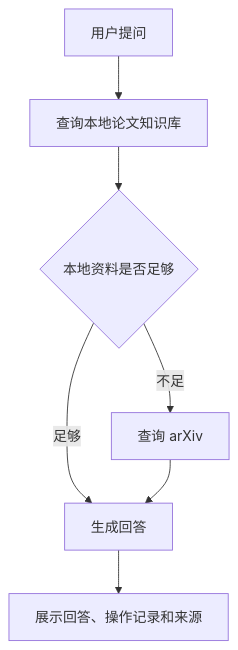
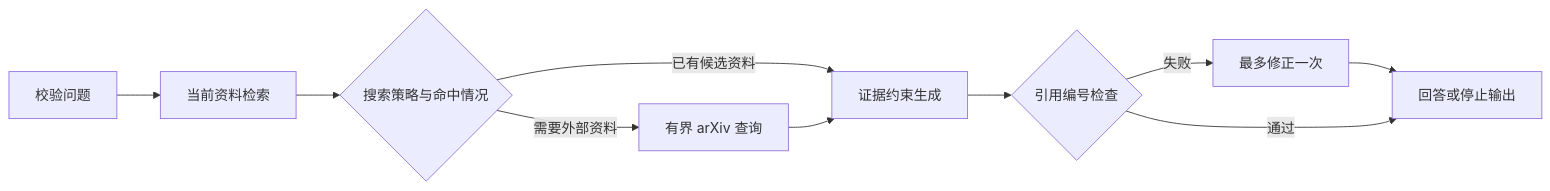
The diagram in README.md (kj164738/quake-literature-agent), drawn with Mermaid before and after one commit. The commit also changed other lines of this file and 30 other files, not shown here.

````diff
--- a/README.md
+++ b/README.md
@@ -154,9 +53,12 @@
 ```mermaid
-flowchart TD
-    A[用户提问] --> B[查询本地论文知识库]
-    B --> C{本地资料是否足够}
-    C -- 足够 --> E[生成回答]
-    C -- 不足 --> D[查询 arXiv]
-    D --> E
-    E --> F[展示回答、操作记录和来源]
+flowchart LR
+    Q[校验问题] --> R[当前资料检索]
+    R --> D{搜索策略与命中情况}
+    D -->|需要外部资料| A[有界 arXiv 查询]
+    D -->|已有候选资料| G[证据约束生成]
+    A --> G
+    G --> V{引用编号检查}
+    V -->|失败| F[最多修正一次]
+    F --> O[回答或停止输出]
+    V -->|通过| O
 ```
````
